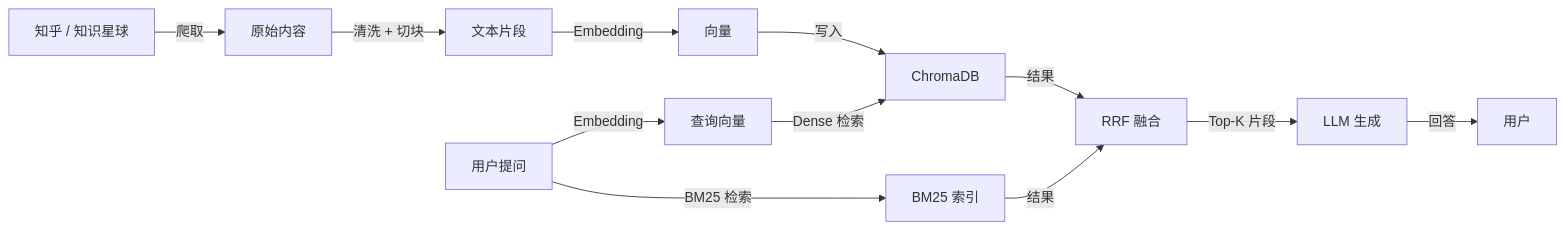
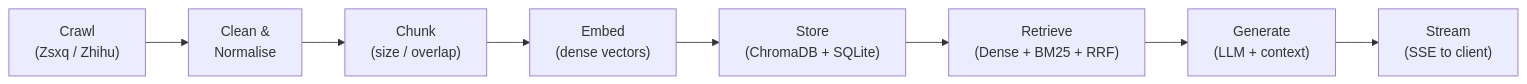
Before and after one commit to XUranus/dungeon: the second of 2 diagrams in docs/docs/intro.mdx, drawn with Mermaid. The commit also changed other lines of this file and 75 other files, not shown here.

````diff
--- a/docs/docs/intro.mdx
+++ b/docs/docs/intro.mdx
@@ -140,14 +120,10 @@
 ```mermaid
 flowchart LR
-    A["知乎 / 知识星球"] -->|爬取| B["原始内容"]
-    B -->|清洗 + 切块| C["文本片段"]
-    C -->|Embedding| D["向量"]
-    D -->|写入| E["ChromaDB"]
-    F["用户提问"] -->|Embedding| G["查询向量"]
-    G -->|Dense 检索| E
-    F -->|BM25 检索| H["BM25 索引"]
-    E -->|结果| I["RRF 融合"]
-    H -->|结果| I
-    I -->|Top-K 片段| J["LLM 生成"]
-    J -->|回答| K["用户"]
+    A["Crawl<br/>(Zsxq / Zhihu)"] --> B["Clean &<br/>Normalise"]
+    B --> C["Chunk<br/>(size / overlap)"]
+    C --> D["Embed<br/>(dense vectors)"]
+    D --> E["Store<br/>(ChromaDB + SQLite)"]
+    E --> F["Retrieve<br/>(Dense + BM25 + RRF)"]
+    F --> G["Generate<br/>(LLM + context)"]
+    G --> H["Stream<br/>(SSE to client)"]
 ```
````
